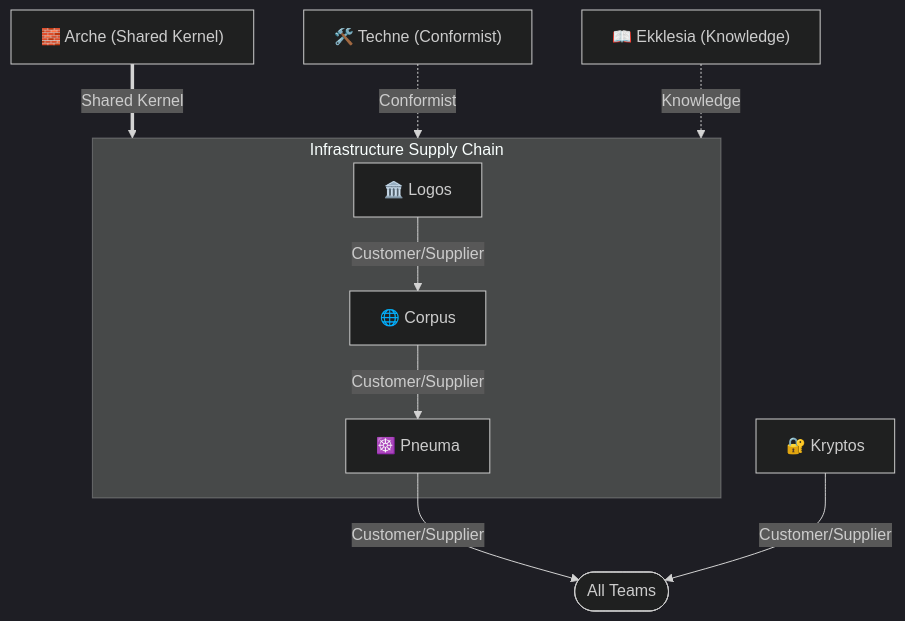
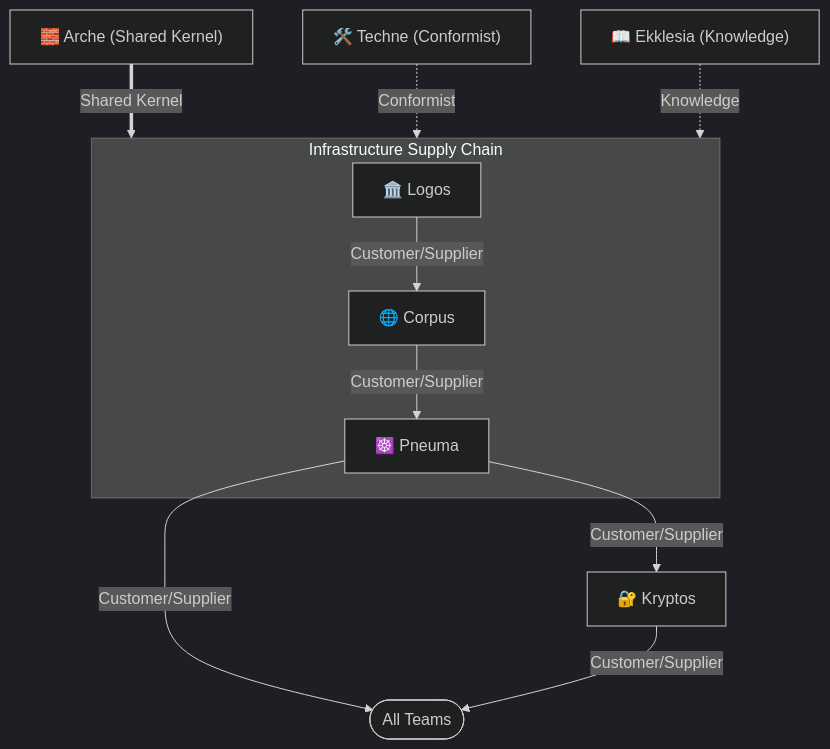
The diagram in docs/platform-teams/index.md (osinfra-io/pt-ekklesia-docs), drawn with Mermaid (dark theme) before and after one commit. The commit also changed 3 other files, not shown here.

First line of the commit message:
Fix Kryptos context map edge and GKE cluster architecture description

````diff
--- a/docs/platform-teams/index.md
+++ b/docs/platform-teams/index.md
@@ -31,20 +31,21 @@
 ```mermaid
 flowchart TD
     Arche["🧱 Arche (Shared Kernel)"]
     Techne["🛠️ Techne (Conformist)"]
     Ekklesia["📖 Ekklesia (Knowledge)"]
     Kryptos["🔐 Kryptos"]
     AllTeams(["All Teams"])
 
     subgraph sc ["Infrastructure Supply Chain"]
         Logos["🏛️ Logos"] -->|"Customer/Supplier"| Corpus["🌐 Corpus"]
         Corpus -->|"Customer/Supplier"| Pneuma["☸️ Pneuma"]
     end
 
     Arche ==>|"Shared Kernel"| sc
     Techne -.->|"Conformist"| sc
     Ekklesia -.->|"Knowledge"| sc
 
+    Pneuma -->|"Customer/Supplier"| Kryptos
     Pneuma -->|"Customer/Supplier"| AllTeams
     Kryptos -->|"Customer/Supplier"| AllTeams
 ```
````
